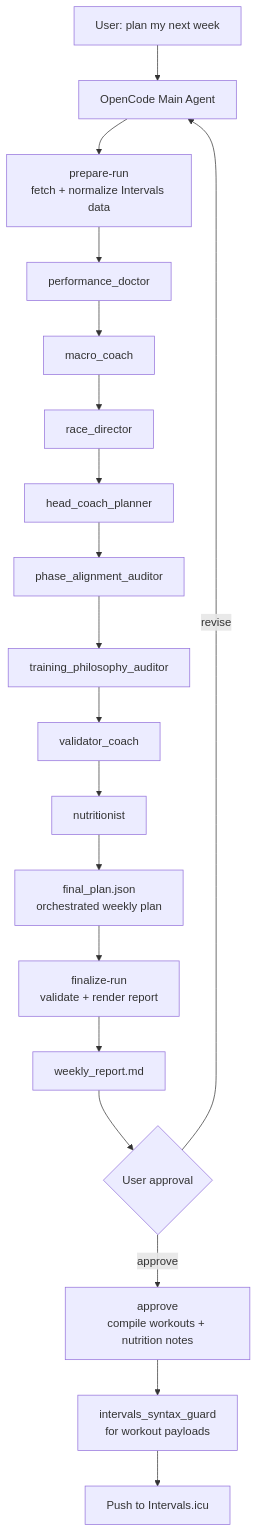
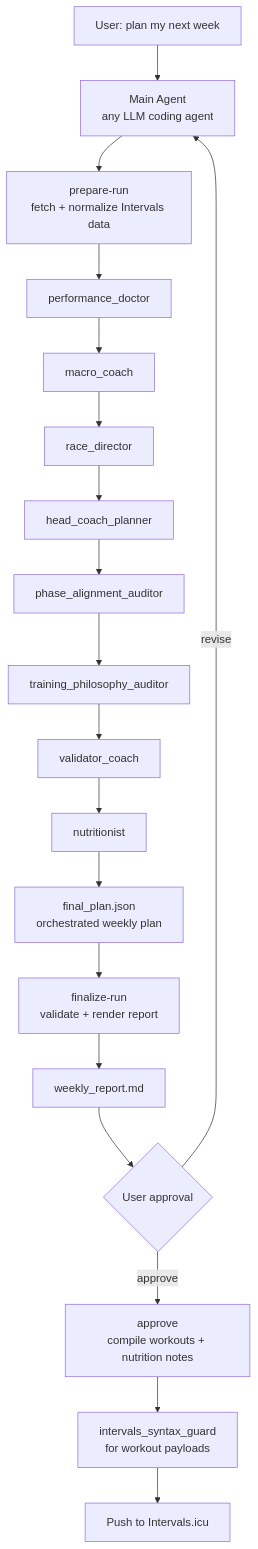
Before and after one commit to stijnverpoest/triathlon-agent-public: the second of 2 diagrams in README.md, drawn with Mermaid. The commit also changed other lines of this file, not shown here.

First line of the commit message:
README: describe the workflow as agent-agnostic

````diff
--- a/README.md
+++ b/README.md
@@ -288,21 +288,22 @@
 ```mermaid
 flowchart TD
-    U[User: plan my next week] --> O[OpenCode Main Agent]
+    U[User: plan my next week] --> O[Main Agent
+any LLM coding agent]
     O --> P[prepare-run\nfetch + normalize Intervals data]
     P --> PD[performance_doctor]
     PD --> MC[macro_coach]
     MC --> RD[race_director]
     RD --> HP[head_coach_planner]
     HP --> PAA[phase_alignment_auditor]
     PAA --> TPA[training_philosophy_auditor]
     TPA --> VC[validator_coach]
     VC --> N[nutritionist]
     N --> FP[final_plan.json\norchestrated weekly plan]
     FP --> F[finalize-run\nvalidate + render report]
     F --> R[weekly_report.md]
     R --> A{User approval}
     A -->|revise| O
     A -->|approve| C[approve\ncompile workouts + nutrition notes]
     C --> SG[intervals_syntax_guard\nfor workout payloads]
     SG --> I[Push to Intervals.icu]
 ```
````
